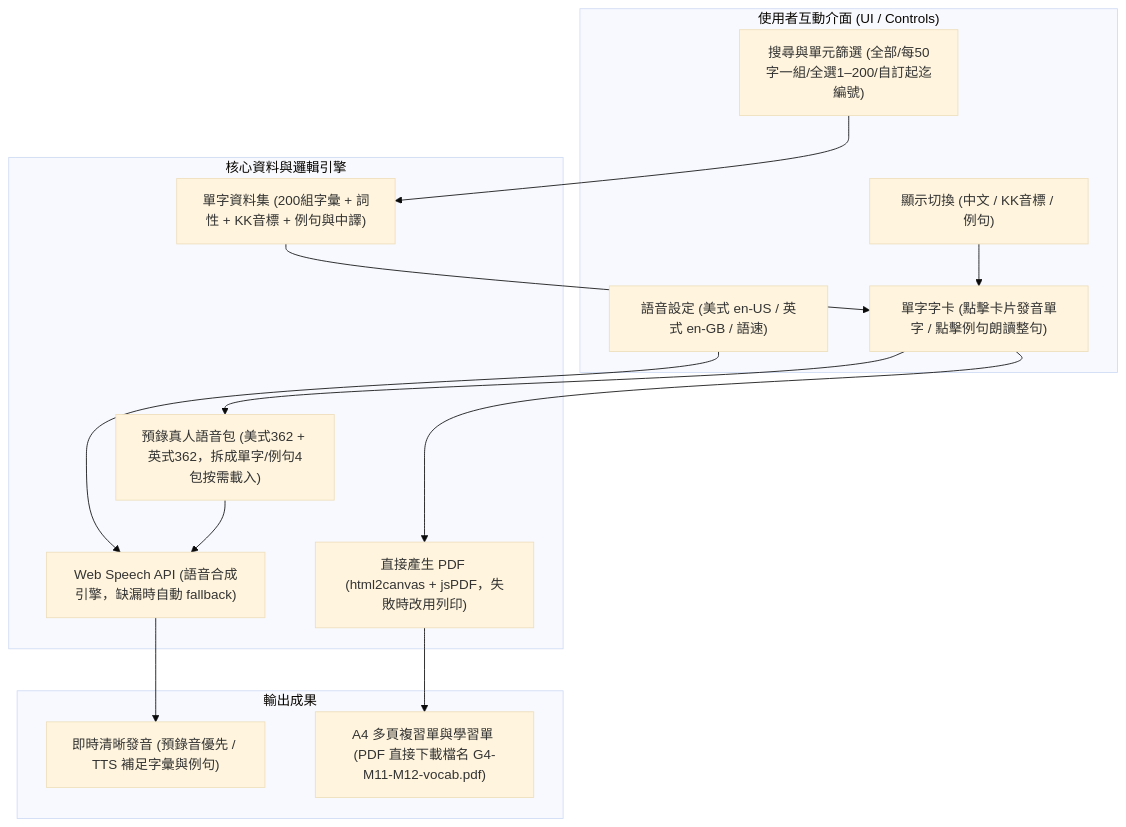
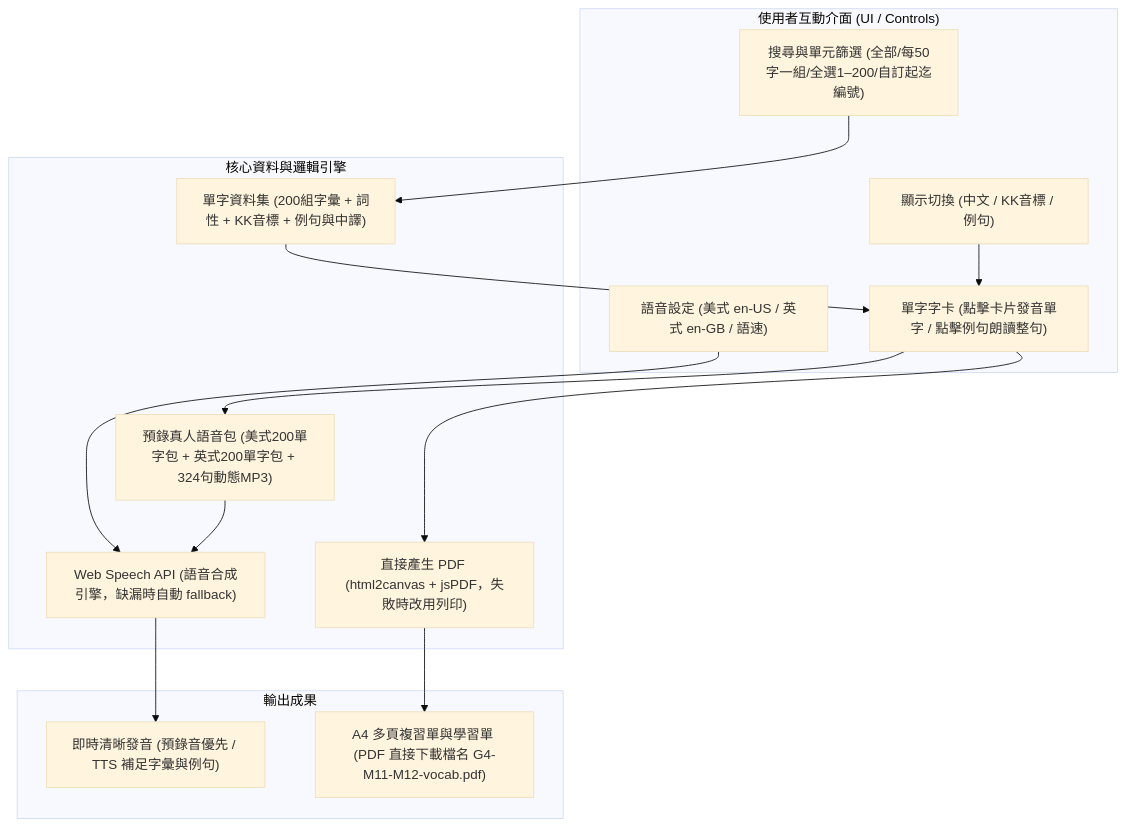
One commit to yuchunjie/shes_kl_Vocabulary changed the diagram in README.md. Above: the diagram before and after it, drawn with Mermaid (base theme). The commit also changed other lines of this file and 330 other files, not shown here.

````diff
--- a/README.md
+++ b/README.md
@@ -8,31 +8,31 @@
 ```mermaid
 flowchart TD
     subgraph UI["使用者互動介面 (UI / Controls)"]
         Search["搜尋與單元篩選 (全部/每50字一組/全選1–200/自訂起迄編號)"]
         Toggles["顯示切換 (中文 / KK音標 / 例句)"]
         VoiceOpt["語音設定 (美式 en-US / 英式 en-GB / 語速)"]
         Card["單字字卡 (點擊卡片發音單字 / 點擊例句朗讀整句)"]
     end
 
     subgraph Core["核心資料與邏輯引擎"]
         VocabData["單字資料集 (200組字彙 + 詞性 + KK音標 + 例句與中譯)"]
-        AudioPkg["預錄真人語音包 (美式362 + 英式362，拆成單字/例句4包按需載入)"]
+        AudioPkg["預錄真人語音包 (美式200單字包 + 英式200單字包 + 324句動態MP3)"]
         TTS["Web Speech API (語音合成引擎，缺漏時自動 fallback)"]
         PDFEngine["直接產生 PDF (html2canvas + jsPDF，失敗時改用列印)"]
     end
 
     subgraph Output["輸出成果"]
         AudioOut["即時清晰發音 (預錄音優先 / TTS 補足字彙與例句)"]
         PDFOut["A4 多頁複習單與學習單 (PDF 直接下載檔名 G4-M11-M12-vocab.pdf)"]
     end
 
     Search --> VocabData
     Toggles --> Card
     VoiceOpt --> TTS
     VocabData --> Card
     Card --> AudioPkg
     AudioPkg --> TTS
     TTS --> AudioOut
     Card --> PDFEngine
     PDFEngine --> PDFOut
 ```
````
